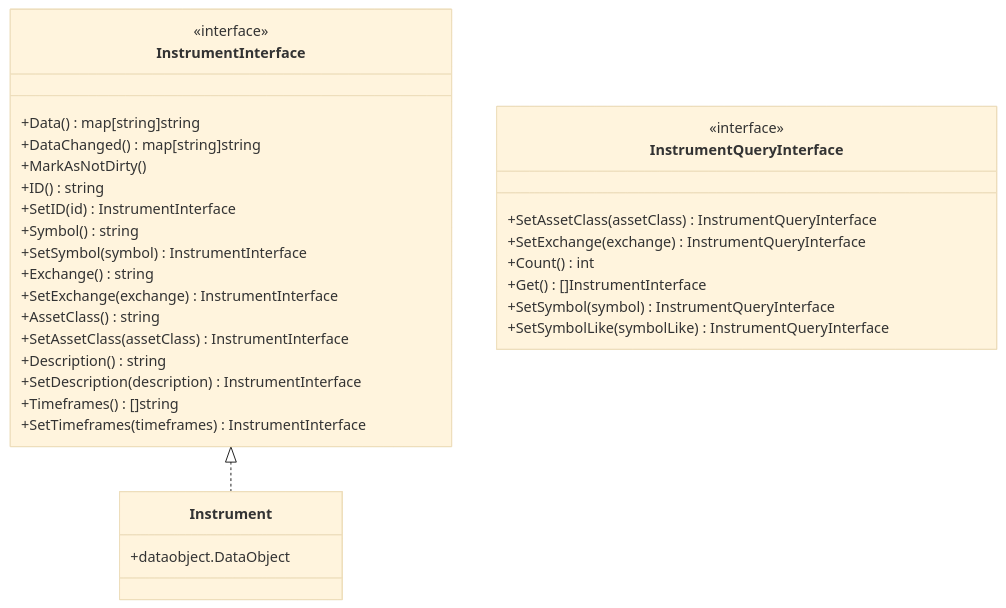
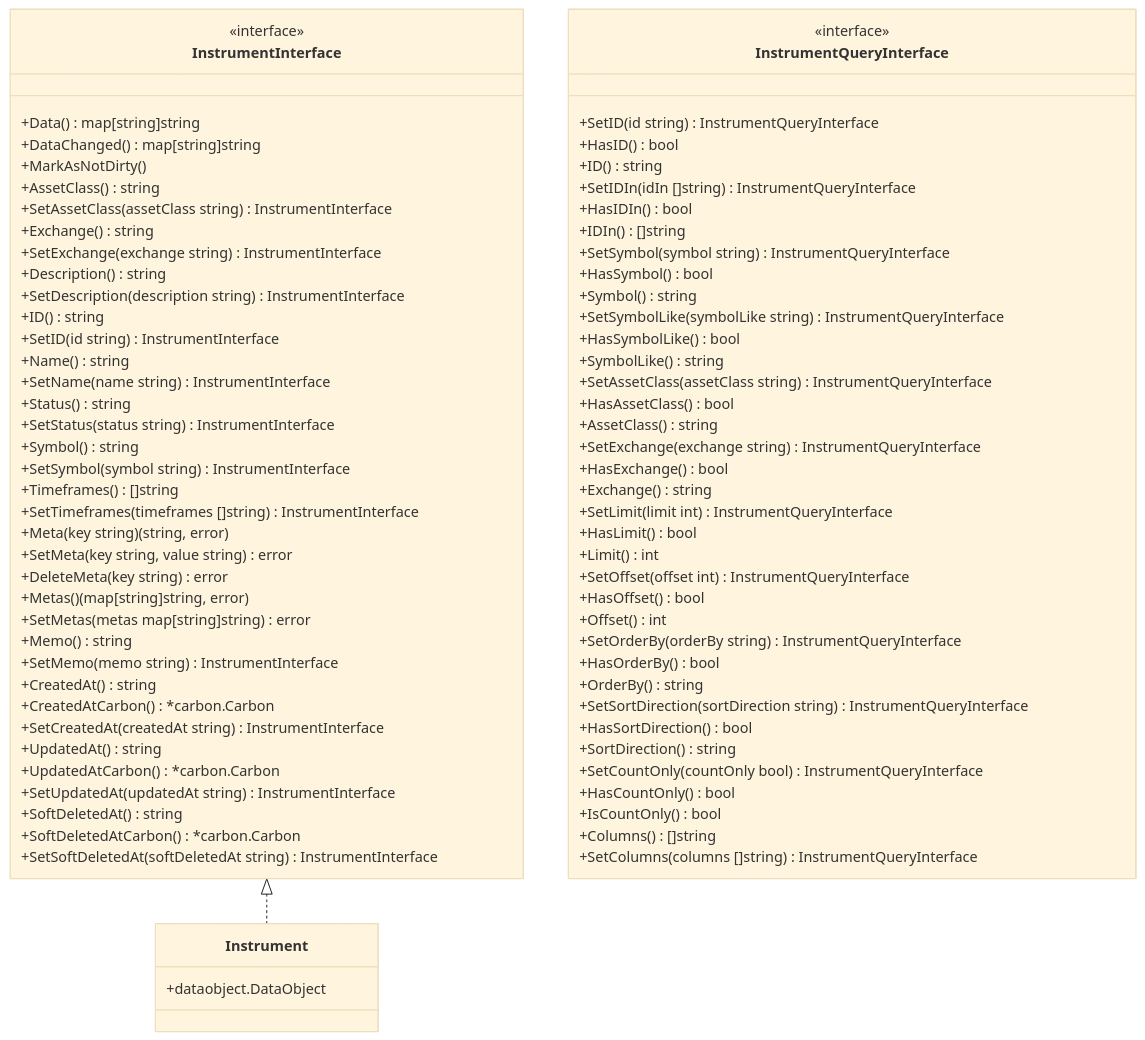
One commit to dracory/tradingstore changed the third of 3 diagrams in README.md. Above: the diagram before and after it, drawn with Mermaid (base theme). The commit also changed other lines of this file, not shown here.

Commit message:
Update interface documentation and add instrument name field

```diff
--- a/README.md
+++ b/README.md
@@ -257,18 +284,38 @@
         +Data() map[string]string
         +DataChanged() map[string]string
         +MarkAsNotDirty()
+        +AssetClass() string
+        +SetAssetClass(assetClass string) InstrumentInterface
+        +Exchange() string
+        +SetExchange(exchange string) InstrumentInterface
+        +Description() string
+        +SetDescription(description string) InstrumentInterface
         +ID() string
-        +SetID(id) InstrumentInterface
+        +SetID(id string) InstrumentInterface
+        +Name() string
+        +SetName(name string) InstrumentInterface
+        +Status() string
+        +SetStatus(status string) InstrumentInterface
         +Symbol() string
-        +SetSymbol(symbol) InstrumentInterface
-        +Exchange() string
-        +SetExchange(exchange) InstrumentInterface
-        +AssetClass() string
-        +SetAssetClass(assetClass) InstrumentInterface
-        +Description() string
-        +SetDescription(description) InstrumentInterface
+        +SetSymbol(symbol string) InstrumentInterface
         +Timeframes() []string
-        +SetTimeframes(timeframes) InstrumentInterface
+        +SetTimeframes(timeframes []string) InstrumentInterface
+        +Meta(key string) (string, error)
+        +SetMeta(key string, value string) error
+        +DeleteMeta(key string) error
+        +Metas() (map[string]string, error)
+        +SetMetas(metas map[string]string) error
+        +Memo() string
+        +SetMemo(memo string) InstrumentInterface
+        +CreatedAt() string
+        +CreatedAtCarbon() *carbon.Carbon
+        +SetCreatedAt(createdAt string) InstrumentInterface
+        +UpdatedAt() string
+        +UpdatedAtCarbon() *carbon.Carbon
+        +SetUpdatedAt(updatedAt string) InstrumentInterface
+        +SoftDeletedAt() string
+        +SoftDeletedAtCarbon() *carbon.Carbon
+        +SetSoftDeletedAt(softDeletedAt string) InstrumentInterface
     }
 
     class Instrument {
@@ -277,12 +324,41 @@
 
     class InstrumentQueryInterface {
         <<interface>>
-        +SetAssetClass(assetClass) InstrumentQueryInterface
-        +SetExchange(exchange) InstrumentQueryInterface
-        +Count() int
-        +Get() []InstrumentInterface
-        +SetSymbol(symbol) InstrumentQueryInterface
-        +SetSymbolLike(symbolLike) InstrumentQueryInterface
+        +SetID(id string) InstrumentQueryInterface
+        +HasID() bool
+        +ID() string
+        +SetIDIn(idIn []string) InstrumentQueryInterface
+        +HasIDIn() bool
+        +IDIn() []string
+        +SetSymbol(symbol string) InstrumentQueryInterface
+        +HasSymbol() bool
+        +Symbol() string
+        +SetSymbolLike(symbolLike string) InstrumentQueryInterface
+        +HasSymbolLike() bool
+        +SymbolLike() string
+        +SetAssetClass(assetClass string) InstrumentQueryInterface
+        +HasAssetClass() bool
+        +AssetClass() string
+        +SetExchange(exchange string) InstrumentQueryInterface
+        +HasExchange() bool
+        +Exchange() string
+        +SetLimit(limit int) InstrumentQueryInterface
+        +HasLimit() bool
+        +Limit() int
+        +SetOffset(offset int) InstrumentQueryInterface
+        +HasOffset() bool
+        +Offset() int
+        +SetOrderBy(orderBy string) InstrumentQueryInterface
+        +HasOrderBy() bool
+        +OrderBy() string
+        +SetSortDirection(sortDirection string) InstrumentQueryInterface
+        +HasSortDirection() bool
+        +SortDirection() string
+        +SetCountOnly(countOnly bool) InstrumentQueryInterface
+        +HasCountOnly() bool
+        +IsCountOnly() bool
+        +Columns() []string
+        +SetColumns(columns []string) InstrumentQueryInterface
     }
 
     InstrumentInterface <|.. Instrument
```
